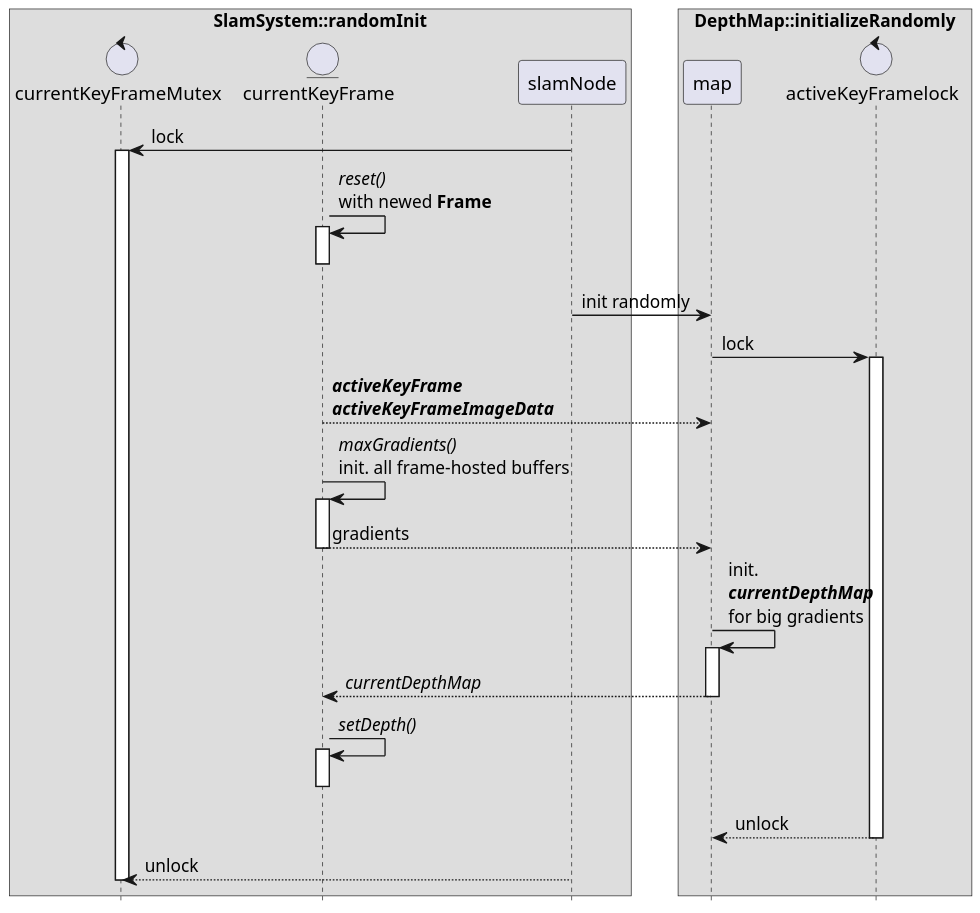
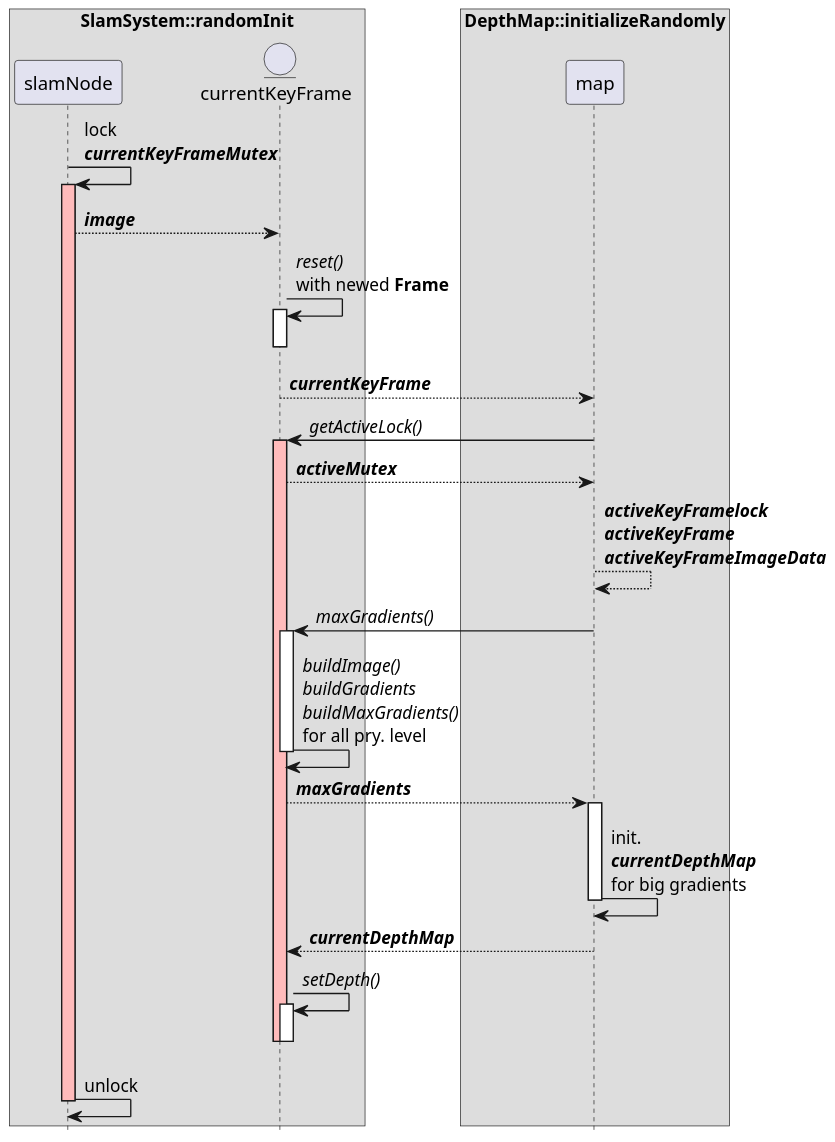
One commit to ziyangli/lsd_slam changed the diagram in lsd_slam_core/diagram/random_init.puml. Above: the diagram before and after it, drawn with PlantUML. The commit also changed 5 other files, not shown here.

Commit message:
better diagram for random init

```diff
--- a/lsd_slam_core/diagram/random_init.puml
+++ b/lsd_slam_core/diagram/random_init.puml
@@ -1,57 +1,56 @@
 @startuml
 skinparam dpi 150
 hide footbox
 
-control currentKeyFrameMutex
 entity currentKeyFrame
 box "SlamSystem::randomInit"
-participant currentKeyFrameMutex
+participant slamNode
 participant currentKeyFrame
-participant slamNode
 end box
 
-control activeKeyFramelock
 box "DepthMap::initializeRandomly"
 participant map
-participant activeKeyFramelock
 end box
 
-slamNode -> currentKeyFrameMutex : lock
-activate currentKeyFrameMutex
+slamNode -> slamNode : lock\n//**currentKeyFrameMutex**//
+activate slamNode #FFBBBB
+
+slamNode --> currentKeyFrame : //**image**//
 
 currentKeyFrame -> currentKeyFrame: //reset()//\nwith newed **Frame**
 activate currentKeyFrame
 deactivate currentKeyFrame
 
-slamNode -> map: init randomly
+currentKeyFrame --> map : //**currentKeyFrame**//
+map -> currentKeyFrame : //getActiveLock()//
+activate currentKeyFrame #FFBBBB
 
-map -> activeKeyFramelock : lock
-activate activeKeyFramelock
+currentKeyFrame --> map : //**activeMutex**//
 
-map <-- currentKeyFrame : //**activeKeyFrame**//\n//**activeKeyFrameImageData**//
+map --> map : //**activeKeyFramelock**//\n//**activeKeyFrame**//\n//**activeKeyFrameImageData**//
+map -> currentKeyFrame : //maxGradients()//
 
-currentKeyFrame -> currentKeyFrame : //maxGradients()//\ninit. all frame-hosted buffers
 activate currentKeyFrame
-currentKeyFrame --> map: gradients
+
+currentKeyFrame -> currentKeyFrame : //buildImage()//\n//buildGradients//\n//buildMaxGradients()//\nfor all pry. level
+
 deactivate currentKeyFrame
 
+currentKeyFrame --> map : //**maxGradients**//
+
+activate map
 map -> map : init. \n//**currentDepthMap**//\nfor big gradients
-activate map
-map --> currentKeyFrame : //currentDepthMap//
 deactivate map
+map --> currentKeyFrame : //**currentDepthMap**//
 
 currentKeyFrame -> currentKeyFrame : //setDepth()//
 activate currentKeyFrame
+
+deactivate currentKeyFrame
 deactivate currentKeyFrame
 
-map <-- activeKeyFramelock : unlock
-deactivate activeKeyFramelock
-
-
-
-
-slamNode --> currentKeyFrameMutex : unlock
-deactivate currentKeyFrameMutex
+slamNode -> slamNode : unlock
+deactivate slamNode
 
 
 @enduml
```
